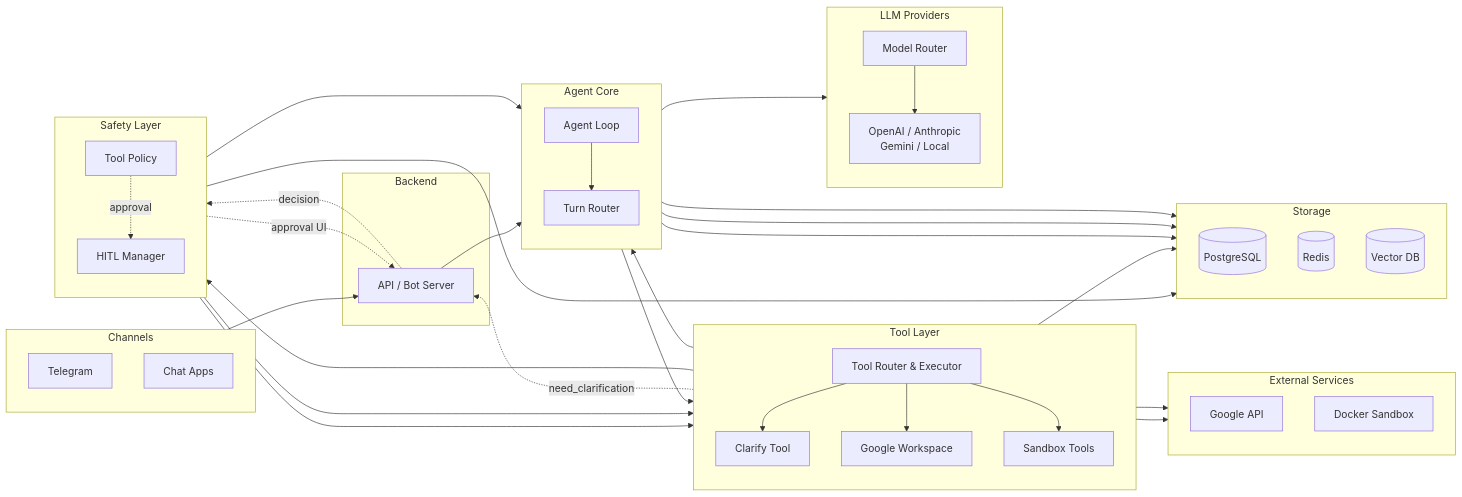
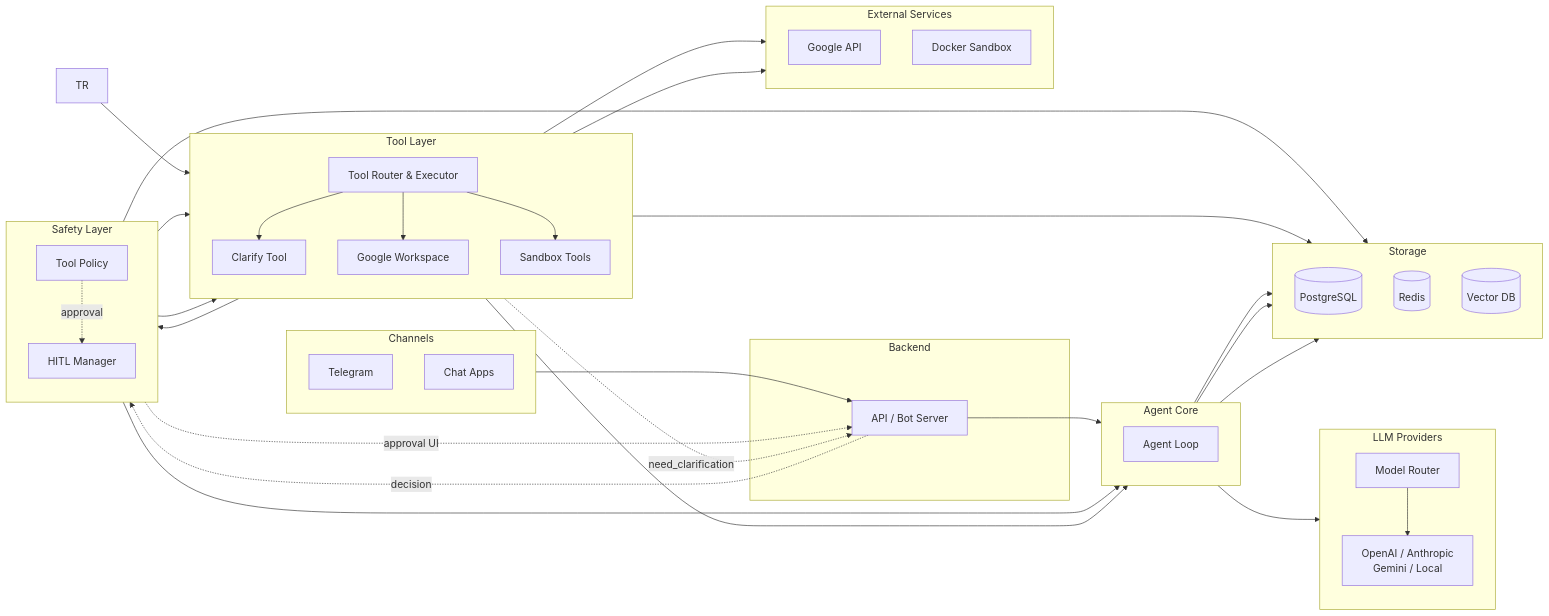
The second of 2 diagrams in docs/01-system-design.md (AI26-V-Claw/V-Claw), drawn with Mermaid before and after one commit. The commit also changed 29 other files, not shown here.

```diff
--- a/docs/01-system-design.md
+++ b/docs/01-system-design.md
@@ -44,8 +44,6 @@
   subgraph CORE["Agent Core"]
     direction TB
     LOOP["Agent Loop"]
-    TR["Turn Router"]
-    LOOP --> TR
   end
 
   subgraph TOOLS["Tool Layer"]
```
